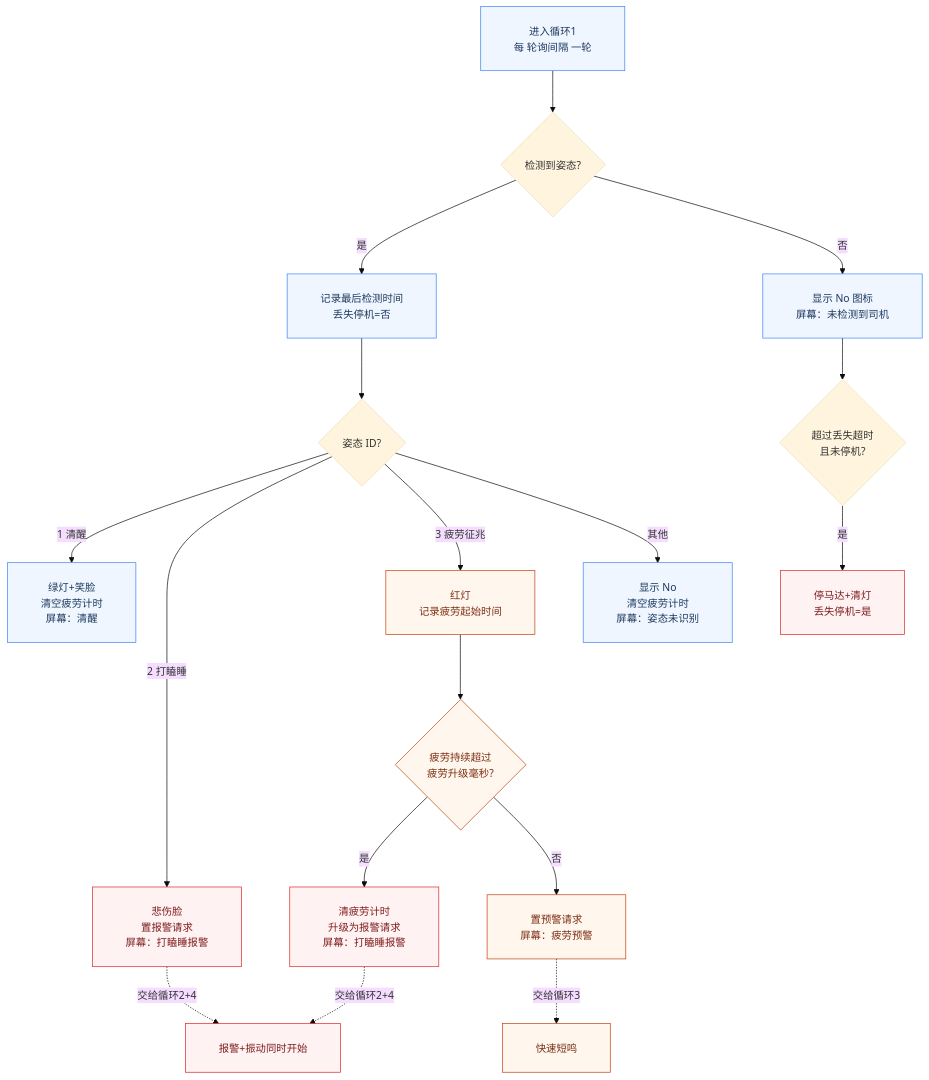
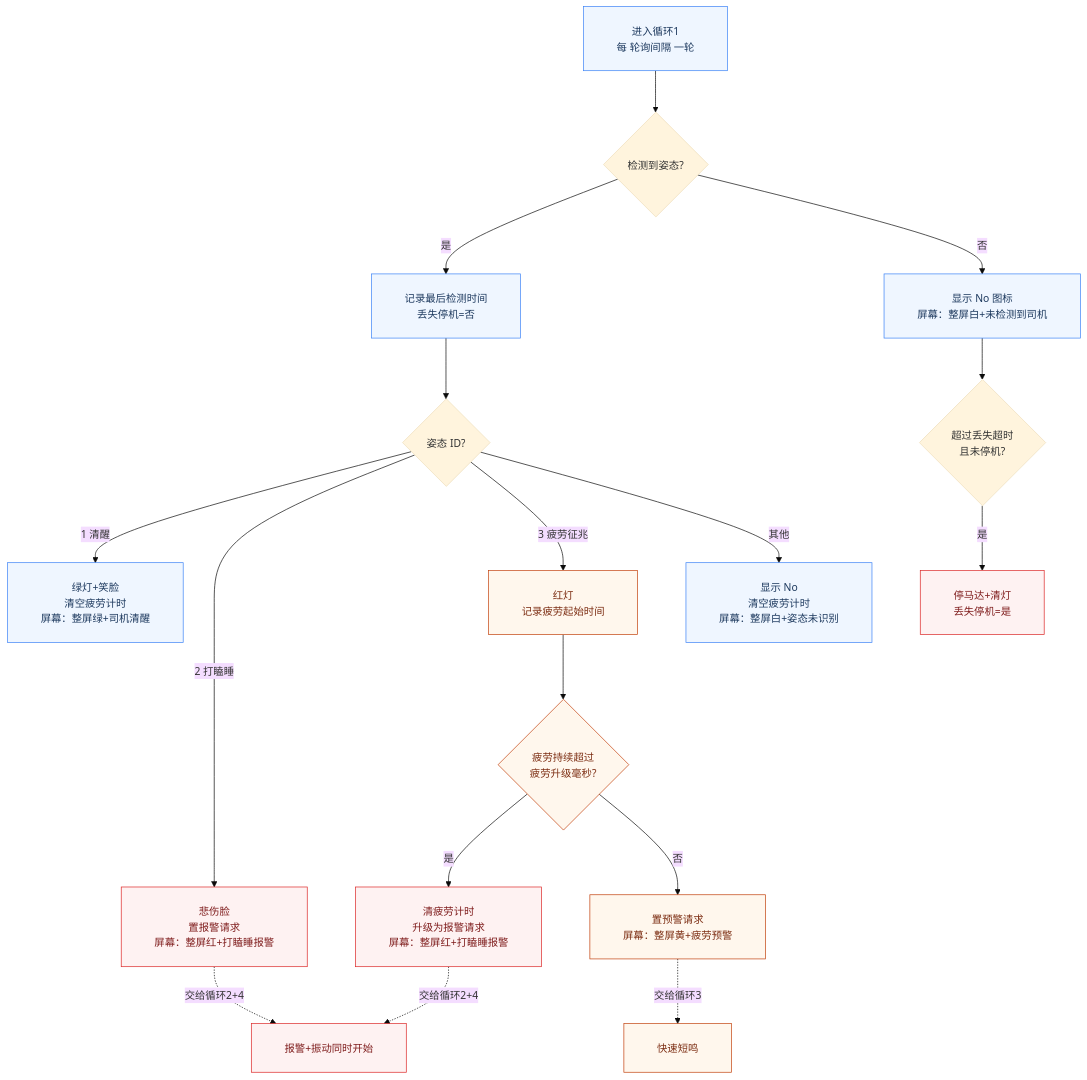
The second of 3 diagrams in README.md (Gsjsjzhznsz/driver), drawn with Mermaid before and after one commit. The commit also changed other lines of this file and 3 other files, not shown here.

````diff
--- a/README.md
+++ b/README.md
@@ -162,26 +163,26 @@
 ```mermaid
 %%{init: {"theme":"base","themeVariables":{"fontSize":"15px"},"flowchart":{"curve":"basis","padding":24,"nodeSpacing":70,"rankSpacing":60}}}%%
 flowchart TD
     S["进入循环1<br>每 轮询间隔 一轮"] --> A{"检测到姿态?"}
     A -->|"是"| B["记录最后检测时间<br>丢失停机=否"]
     B --> C{"姿态 ID?"}
-    C -->|"1 清醒"| D["绿灯+笑脸<br>清空疲劳计时<br>屏幕：清醒"]
-    C -->|"2 打瞌睡"| E["悲伤脸<br>置报警请求<br>屏幕：打瞌睡报警"]
+    C -->|"1 清醒"| D["绿灯+笑脸<br>清空疲劳计时<br>屏幕：整屏绿+司机清醒"]
+    C -->|"2 打瞌睡"| E["悲伤脸<br>置报警请求<br>屏幕：整屏红+打瞌睡报警"]
     C -->|"3 疲劳征兆"| F["红灯<br>记录疲劳起始时间"]
-    C -->|"其他"| G["显示 No<br>清空疲劳计时<br>屏幕：姿态未识别"]
+    C -->|"其他"| G["显示 No<br>清空疲劳计时<br>屏幕：整屏白+姿态未识别"]
     F --> H{"疲劳持续超过<br>疲劳升级毫秒?"}
-    H -->|"是"| I["清疲劳计时<br>升级为报警请求<br>屏幕：打瞌睡报警"]
-    H -->|"否"| J["置预警请求<br>屏幕：疲劳预警"]
-    A -->|"否"| M["显示 No 图标<br>屏幕：未检测到司机"]
+    H -->|"是"| I["清疲劳计时<br>升级为报警请求<br>屏幕：整屏红+打瞌睡报警"]
+    H -->|"否"| J["置预警请求<br>屏幕：整屏黄+疲劳预警"]
+    A -->|"否"| M["显示 No 图标<br>屏幕：整屏白+未检测到司机"]
     M --> K{"超过丢失超时<br>且未停机?"}
     K -->|"是"| L["停马达+清灯<br>丢失停机=是"]
     E -.->|"交给循环2+4"| N["报警+振动同时开始"]
     I -.->|"交给循环2+4"| N
     J -.->|"交给循环3"| O["快速短鸣"]
     classDef normal fill:#EFF6FF,stroke:#3B82F6,color:#1E3A5F
     classDef warn fill:#FFF7ED,stroke:#C2410C,color:#7C2D12
     classDef danger fill:#FEF2F2,stroke:#DC2626,color:#7F1D1D
     class S,B,D,G,M normal
     class F,H,J,O warn
     class E,I,N,L danger
 ```
````
